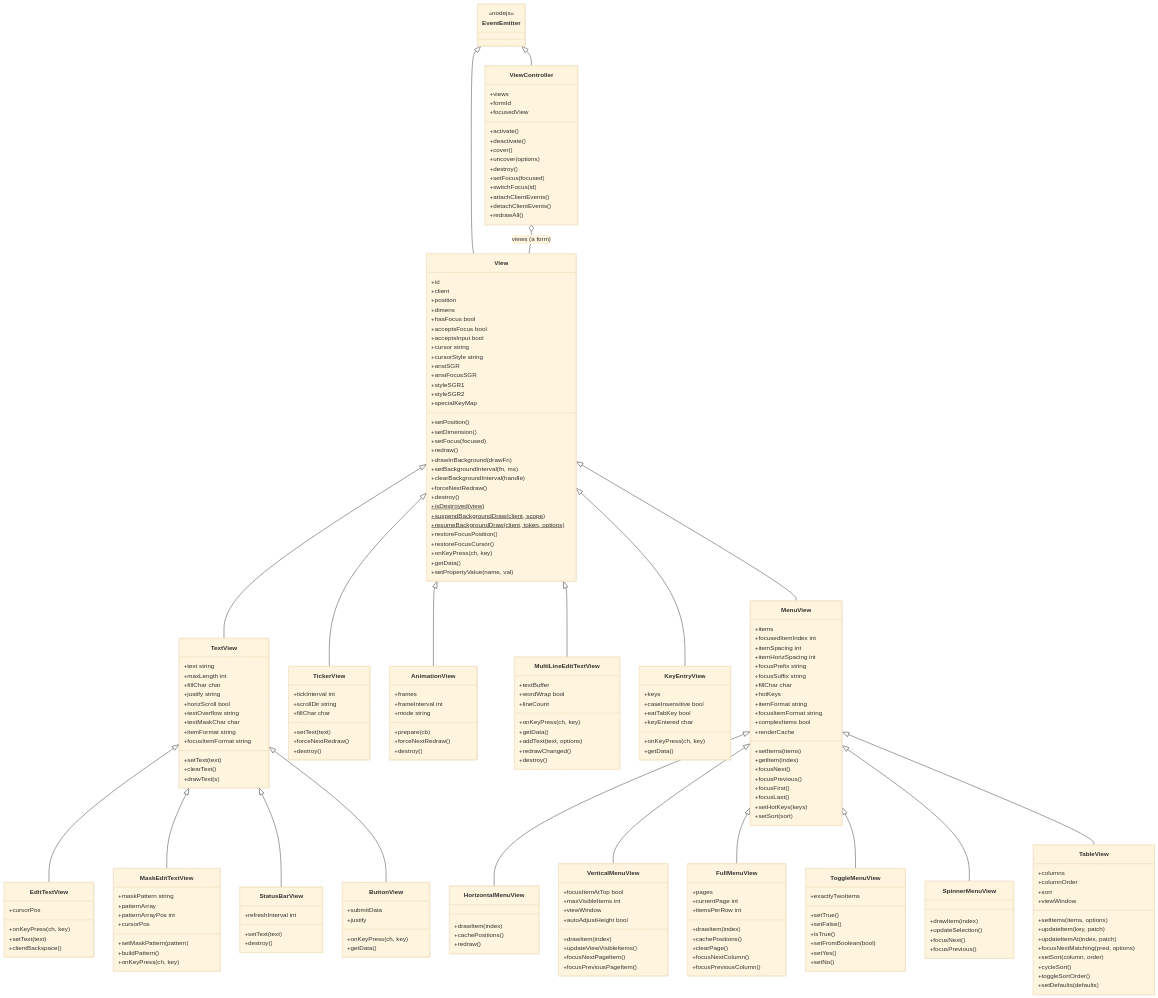
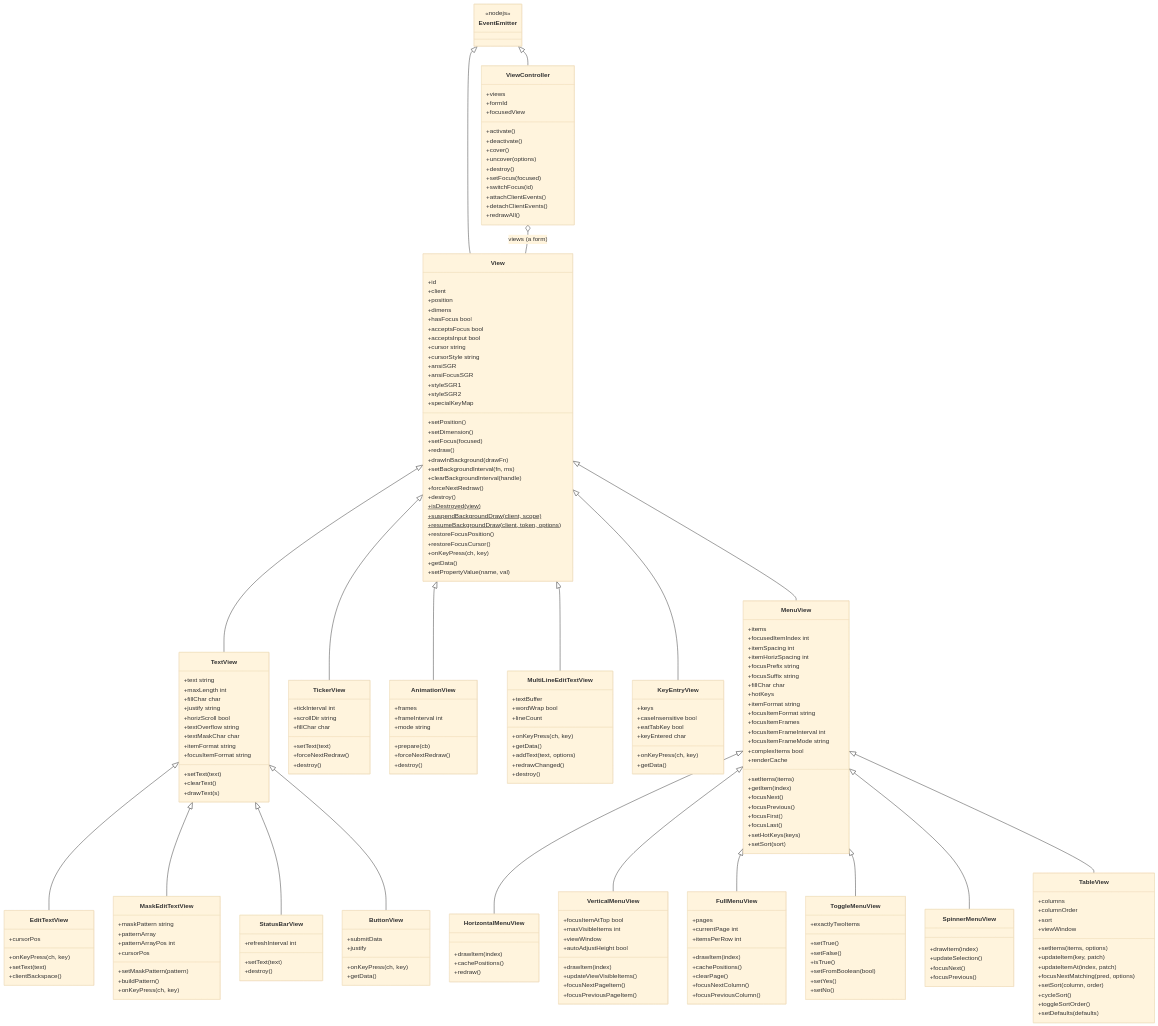
The first of 2 diagrams in website/src/content/docs/art/views/views.md (NuSkooler/enigma-bbs), drawn with Mermaid (base theme) before and after one commit. The commit also changed other lines of this file and 18 other files, not shown here.

First line of the commit message:
feat(views): animated focused menu items (focusItemFrames) (#1159)

```diff
--- a/website/src/content/docs/art/views/views.md
+++ b/website/src/content/docs/art/views/views.md
@@ -279,6 +379,9 @@
         +hotKeys
         +itemFormat string
         +focusItemFormat string
+        +focusItemFrames
+        +focusItemFrameInterval int
+        +focusItemFrameMode string
         +complexItems bool
         +renderCache
         +setItems(items)
```
